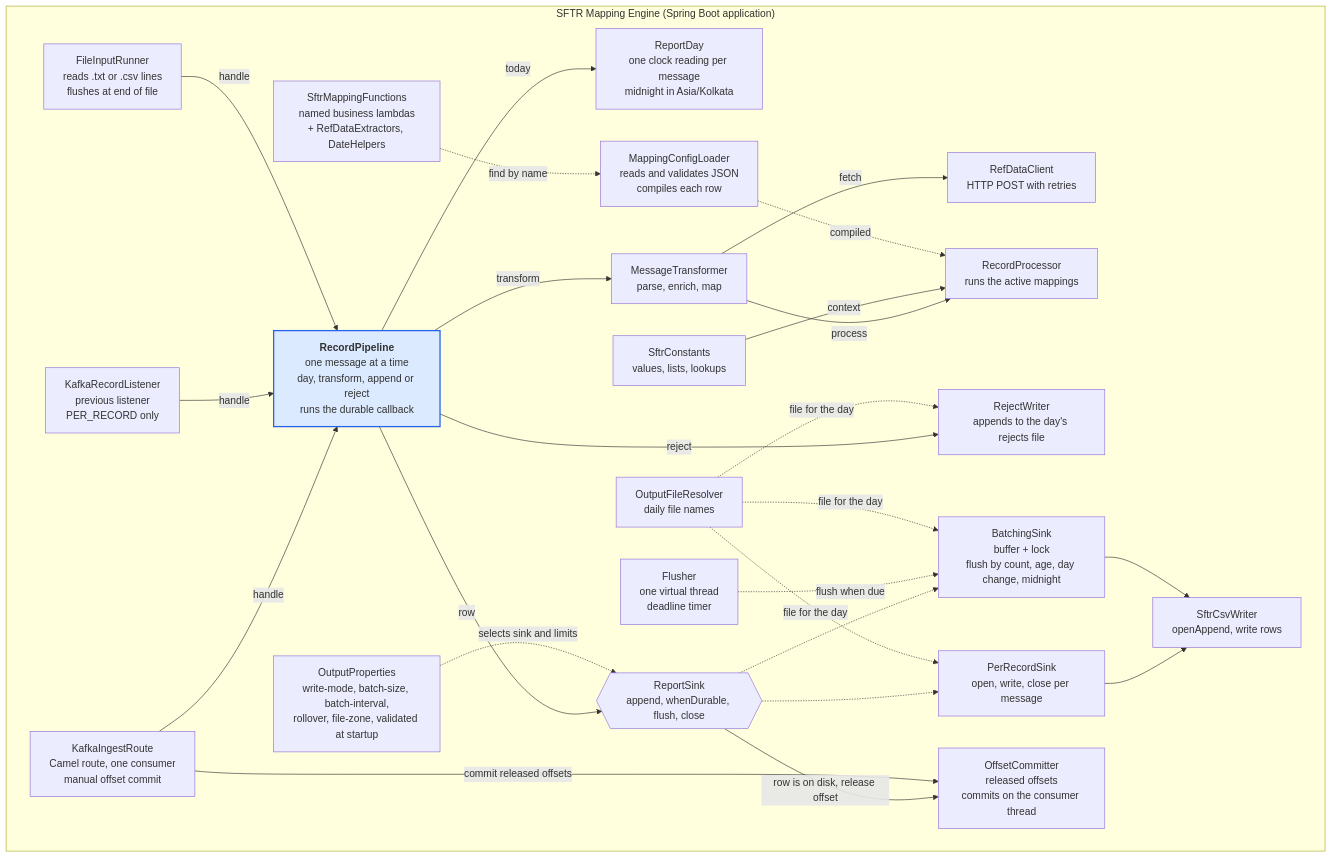
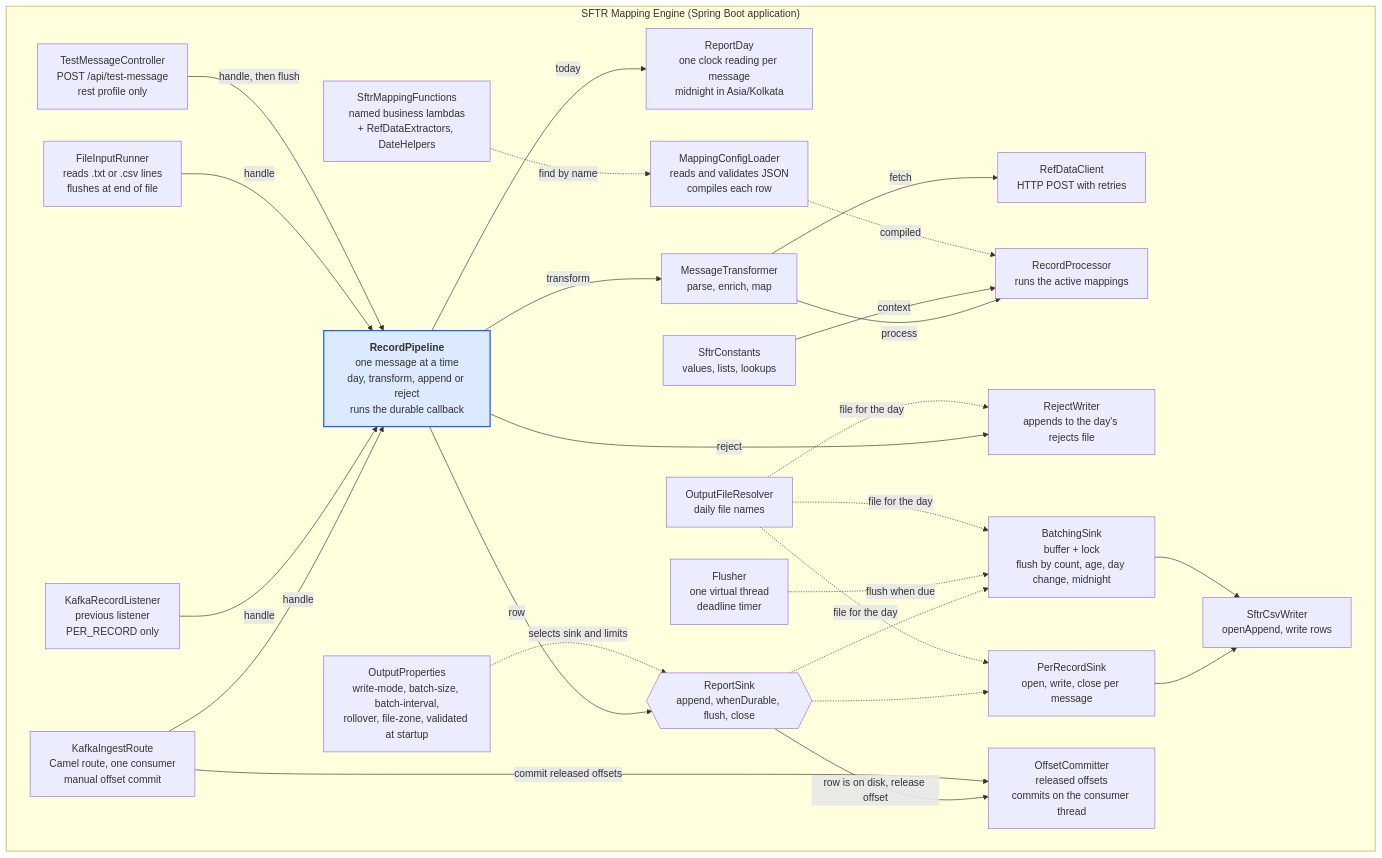
One commit to shanregs/msg-transformer changed the third of 9 diagrams in docs/c4-architecture.md. Above: the diagram before and after it, drawn with Mermaid. The commit also changed other lines of this file and 8 other files, not shown here.

First line of the commit message:
Add optional POST /api/test-message (rest profile) and keep the app alive with the Camel run controller

````diff
--- a/docs/c4-architecture.md
+++ b/docs/c4-architecture.md
@@ -43,51 +44,53 @@
 ```mermaid
 flowchart TB
     subgraph engine["SFTR Mapping Engine (Spring Boot application)"]
         route["KafkaIngestRoute<br/>Camel route, one consumer<br/>manual offset commit"]
         legacy["KafkaRecordListener<br/>previous listener<br/>PER_RECORD only"]
         file["FileInputRunner<br/>reads .txt or .csv lines<br/>flushes at end of file"]
+        rest["TestMessageController<br/>POST /api/test-message<br/>rest profile only"]
         pipe["<b>RecordPipeline</b><br/>one message at a time<br/>day, transform, append or reject<br/>runs the durable callback"]
         day["ReportDay<br/>one clock reading per message<br/>midnight in Asia/Kolkata"]
         tf["MessageTransformer<br/>parse, enrich, map"]
         ref["RefDataClient<br/>HTTP POST with retries"]
         proc["RecordProcessor<br/>runs the active mappings"]
         sink{{"ReportSink<br/>append, whenDurable, flush, close"}}
         per["PerRecordSink<br/>open, write, close per message"]
         batch["BatchingSink<br/>buffer + lock<br/>flush by count, age, day change, midnight"]
         timer["Flusher<br/>one virtual thread<br/>deadline timer"]
         rej["RejectWriter<br/>appends to the day's rejects file"]
         csv["SftrCsvWriter<br/>openAppend, write rows"]
         files["OutputFileResolver<br/>daily file names"]
         commit["OffsetCommitter<br/>released offsets<br/>commits on the consumer thread"]
         props["OutputProperties<br/>write-mode, batch-size, batch-interval,<br/>rollover, file-zone, validated at startup"]
         loader["MappingConfigLoader<br/>reads and validates JSON<br/>compiles each row"]
         fns["SftrMappingFunctions<br/>named business lambdas<br/>+ RefDataExtractors, DateHelpers"]
         consts["SftrConstants<br/>values, lists, lookups"]
 
         route -->|handle| pipe
         legacy -->|handle| pipe
         file -->|handle| pipe
+        rest -->|handle, then flush| pipe
         pipe -->|today| day
         pipe -->|transform| tf
         tf -->|fetch| ref
         tf -->|process| proc
         consts -->|context| proc
         pipe -->|row| sink
         pipe -->|reject| rej
         sink -.-> per
         sink -.-> batch
         timer -.->|flush when due| batch
         per --> csv
         batch --> csv
         files -.->|file for the day| per
         files -.->|file for the day| batch
         files -.->|file for the day| rej
         sink -->|row is on disk, release offset| commit
         route -->|commit released offsets| commit
         props -.->|selects sink and limits| sink
         loader -.->|compiled| proc
         fns -.->|find by name| loader
     end
 
     style pipe fill:#dbeafe,stroke:#2563eb,stroke-width:2px
 ```
````
